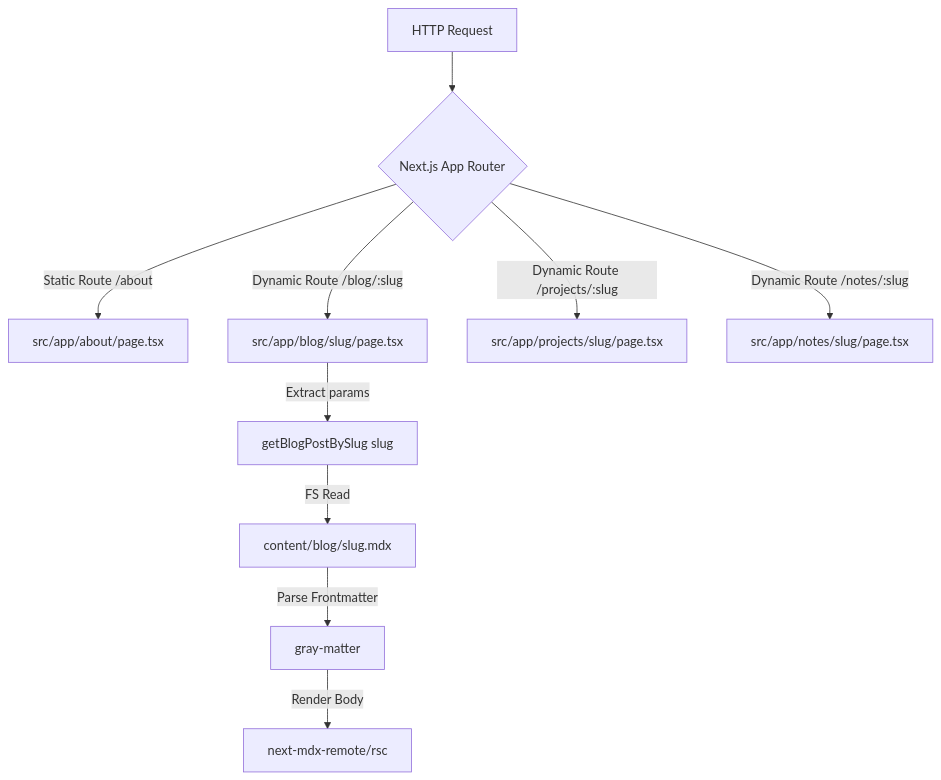
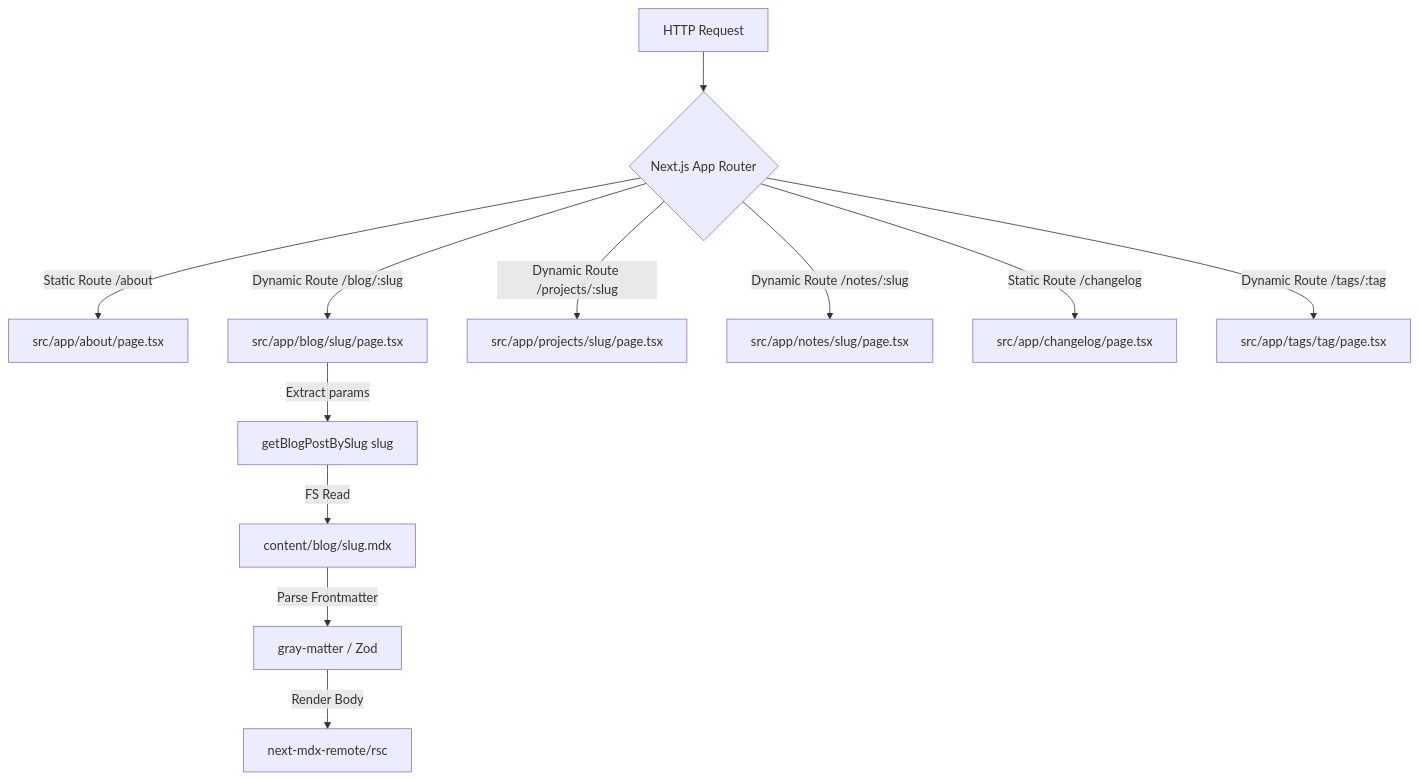
Before and after one commit to DDreamer01/imagitech-online: the first of 2 diagrams in README.md, drawn with Mermaid. The commit also changed other lines of this file and 26 other files, not shown here.

````diff
--- a/README.md
+++ b/README.md
@@ -78,13 +102,15 @@
 ```mermaid
 graph TD
     Request[HTTP Request] --> Router{Next.js App Router}
     Router -->|Static Route /about| Static[src/app/about/page.tsx]
     Router -->|Dynamic Route /blog/:slug| DynamicBlog[src/app/blog/slug/page.tsx]
     Router -->|Dynamic Route /projects/:slug| DynamicProj[src/app/projects/slug/page.tsx]
     Router -->|Dynamic Route /notes/:slug| DynamicNote[src/app/notes/slug/page.tsx]
+    Router -->|Static Route /changelog| Changelog[src/app/changelog/page.tsx]
+    Router -->|Dynamic Route /tags/:tag| DynamicTag[src/app/tags/tag/page.tsx]
 
     DynamicBlog -->|Extract params| Slug[getBlogPostBySlug slug]
     Slug -->|FS Read| File[content/blog/slug.mdx]
-    File -->|Parse Frontmatter| Matter[gray-matter]
+    File -->|Parse Frontmatter| Matter[gray-matter / Zod]
     Matter -->|Render Body| Engine[next-mdx-remote/rsc]
 ```
````
